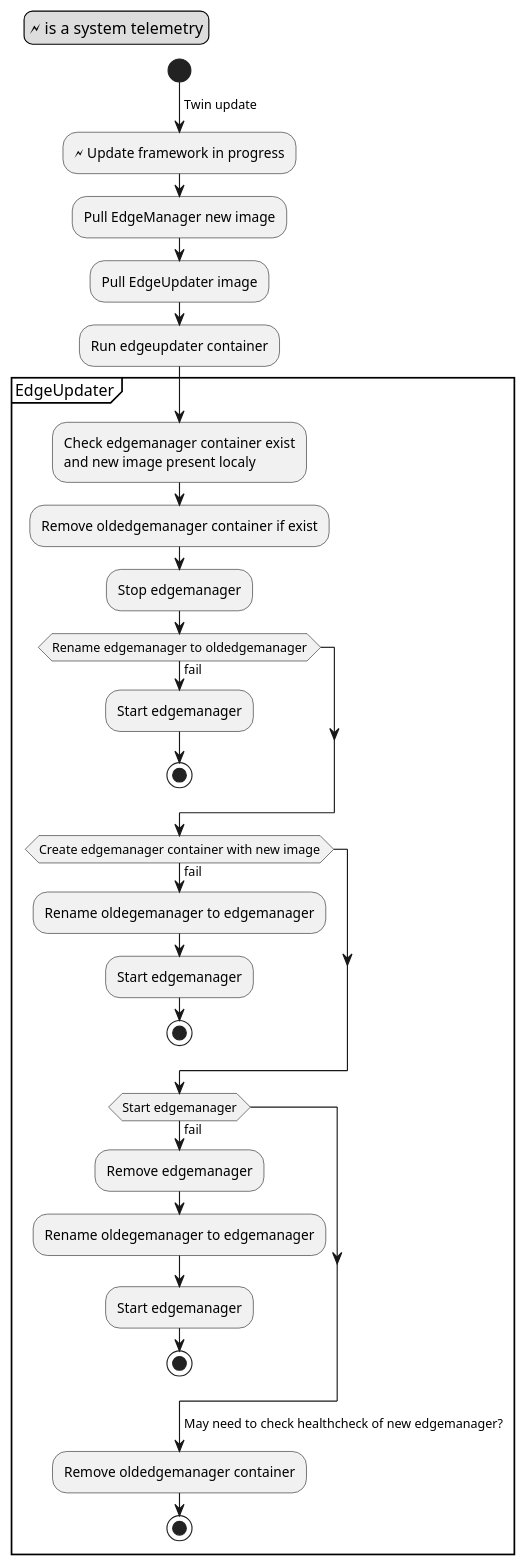
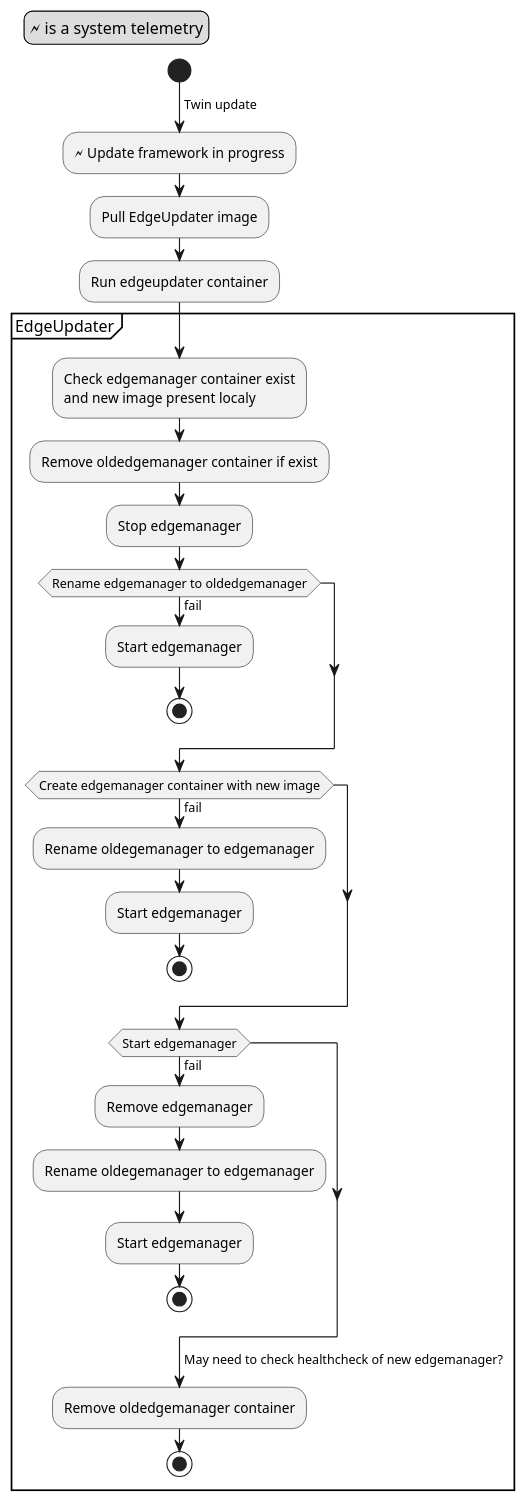
One commit to se-edge/framework-diagrams changed the diagram in UseCases/Update-framework/Update-framework.activity.puml. Above: the diagram before and after it, drawn with PlantUML.

Commit message:
Update Update-framework.activity.puml
dgeManager image have to be already pulled

```diff
--- a/UseCases/Update-framework/Update-framework.activity.puml
+++ b/UseCases/Update-framework/Update-framework.activity.puml
@@ -1,37 +1,36 @@
 @startuml
 legend top left
 🗲 is a system telemetry
 endlegend
 
 start
 -> Twin update;
 :🗲 Update framework in progress;
-:Pull EdgeManager new image;
 :Pull EdgeUpdater image;
 :Run edgeupdater container;
 
 partition EdgeUpdater {
     :Check edgemanager container exist
     and new image present localy;
     :Remove oldedgemanager container if exist;
     :Stop edgemanager;
     if (Rename edgemanager to oldedgemanager) then (fail)
         :Start edgemanager;
         stop
     endif
     if (Create edgemanager container with new image) then (fail)
         :Rename oldegemanager to edgemanager;
         :Start edgemanager;
         stop
     endif
     if (Start edgemanager) then (fail)
         :Remove edgemanager;
         :Rename oldegemanager to edgemanager;
         :Start edgemanager;
         stop
     endif
     ->May need to check healthcheck of new edgemanager?;
     :Remove oldedgemanager container;
     stop
 }
 @enduml
```
